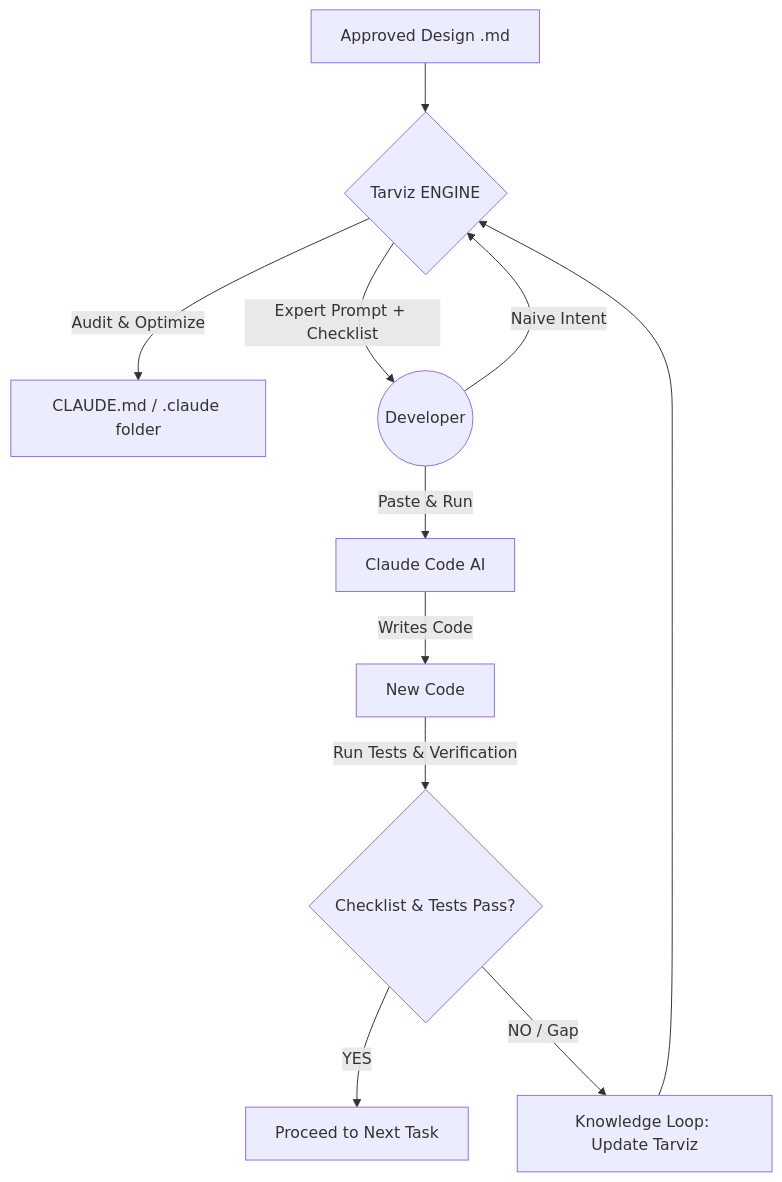
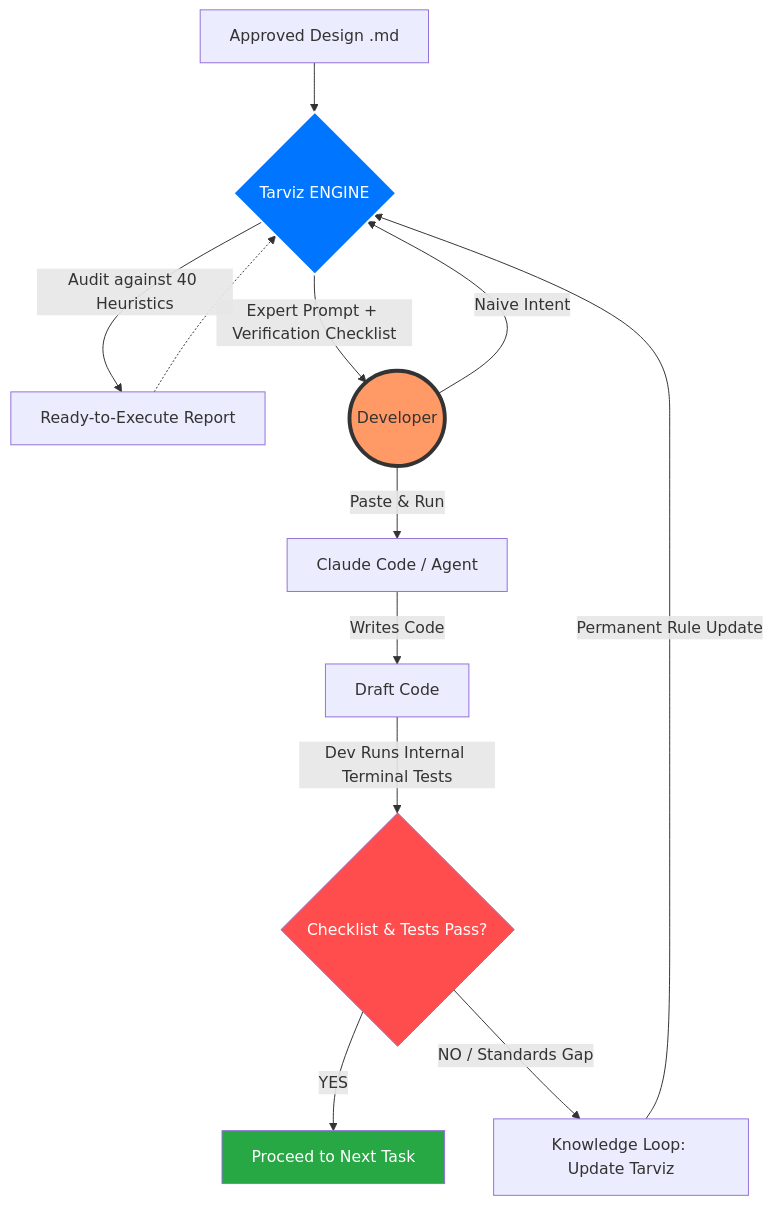
One commit to Raghavan2583/new-jarvis changed the diagram in README.md. Above: the diagram before and after it, drawn with Mermaid. The commit also changed other lines of this file, not shown here.

````diff
--- a/README.md
+++ b/README.md
@@ -29,16 +35,26 @@
 ```mermaid
 graph TD
-    Design[Approved Design .md] --> Tarviz{Tarviz ENGINE}
-    Tarviz -->|Audit & Optimize| Context[CLAUDE.md / .claude folder]
+    %% Phase 1: Strategic Audit
+    Doc[Approved Design .md] --> Tarviz{Tarviz ENGINE}
+    Tarviz -->|Audit against 40 Heuristics| AuditReport[Ready-to-Execute Report]
     
+    %% Phase 2: Tactical Prompting
     User((Developer)) -->|Naive Intent| Tarviz
-    Tarviz -->|Expert Prompt + Checklist| User
+    AuditReport -.-> Tarviz
+    Tarviz -->|Expert Prompt + Verification Checklist| User
     
-    User -->|Paste & Run| ClaudeCode[Claude Code AI]
-    ClaudeCode -->|Writes Code| Draft[New Code]
-    Draft -->|Run Tests & Verification| InternalTest{Checklist & Tests Pass?}
-
+    %% Phase 3: Execution & Internal Test Loop
+    User -->|Paste & Run| ClaudeCode[Claude Code / Agent]
+    ClaudeCode -->|Writes Code| Draft[Draft Code]
+    Draft -->|Dev Runs Internal Terminal Tests| InternalTest{Checklist & Tests Pass?}
+    
+    %% Phase 4: Knowledge Loop (The ROI)
     InternalTest -->|YES| Success[Proceed to Next Task]
-    InternalTest -->|NO / Gap| Feedback[Knowledge Loop: Update Tarviz]
-    Feedback --> Tarviz
+    InternalTest -->|NO / Standards Gap| Feedback[Knowledge Loop: Update Tarviz]
+    Feedback -->|Permanent Rule Update| Tarviz
+    
+    style User fill:#f96,stroke:#333,stroke-width:4px
+    style Tarviz fill:#0075ff,stroke:#fff,stroke-width:2px,color:#fff
+    style InternalTest fill:#ff4d4d,color:#fff
+    style Success fill:#28a745,color:#fff
 ```
````
